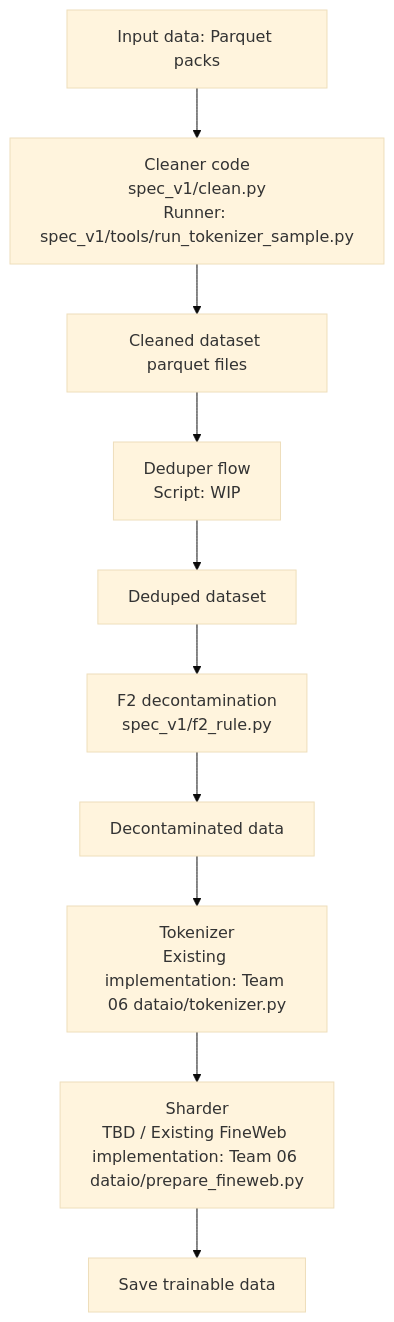
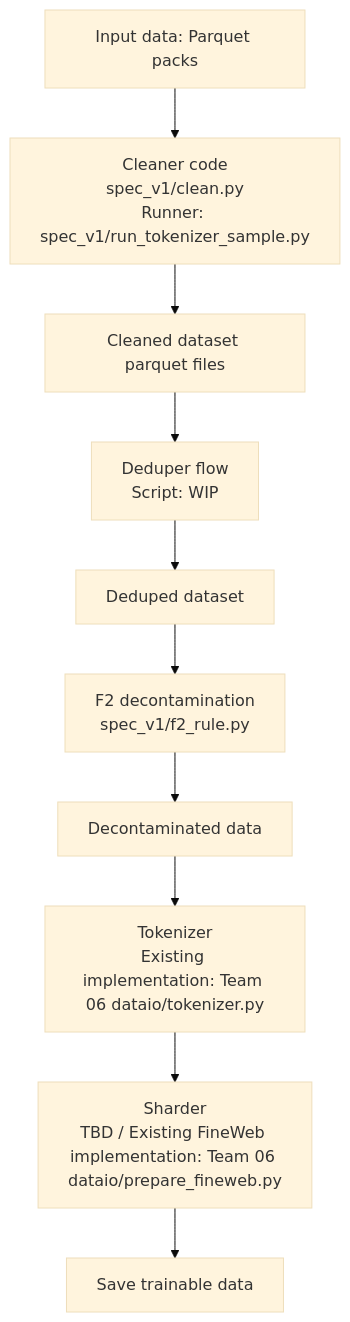
The diagram in teams/01-data-a/README.md (theschoolofai/era-v5-lab), drawn with Mermaid (base theme) before and after one commit. The commit also changed other lines of this file and 4 other files, not shown here.

Commit message:
G1: Document the jobs layout and the sample runner's new location

````diff
--- a/teams/01-data-a/README.md
+++ b/teams/01-data-a/README.md
@@ -49,15 +48,15 @@
 ```mermaid
 flowchart TD
     input["Input data: Parquet packs"]
-    cleaner["Cleaner code<br/>spec_v1/clean.py<br/>Runner: spec_v1/tools/run_tokenizer_sample.py"]
+    cleaner["Cleaner code<br/>spec_v1/clean.py<br/>Runner: spec_v1/run_tokenizer_sample.py"]
     cleaned["Cleaned dataset parquet files"]
     deduper["Deduper flow<br/>Script: WIP"]
     deduped["Deduped dataset"]
     f2["F2 decontamination<br/>spec_v1/f2_rule.py"]
     decontam["Decontaminated data"]
     tokenizer["Tokenizer<br/>Existing implementation: Team 06 dataio/tokenizer.py"]
     sharder["Sharder<br/>TBD / Existing FineWeb implementation: Team 06 dataio/prepare_fineweb.py"]
     saved["Save trainable data"]
 
     input --> cleaner --> cleaned --> deduper --> deduped --> f2 --> decontam --> tokenizer --> sharder --> saved
 ```
````
